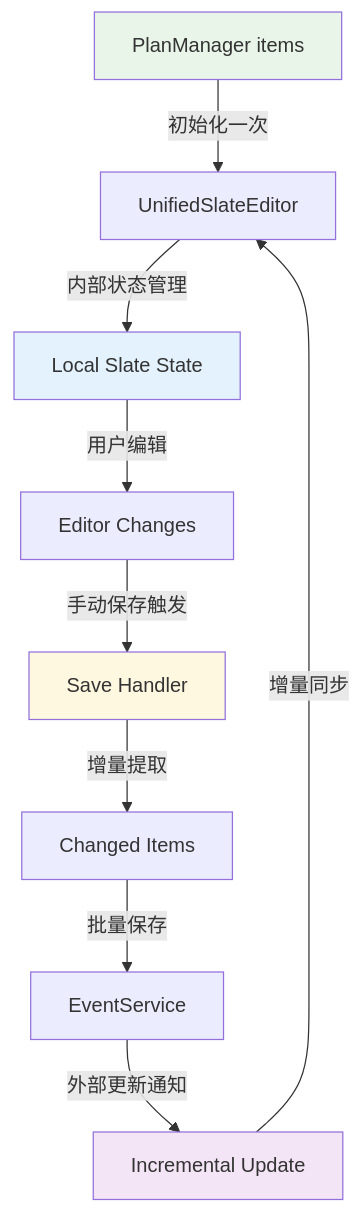
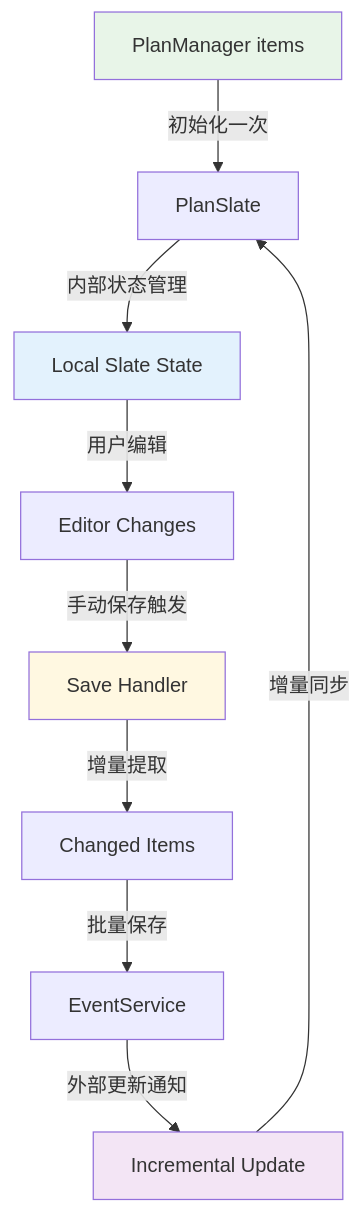
One commit to zoeysnowy/ReMarkable changed the second of 2 diagrams in docs/architecture/SLATE_PLANMANAGER_REFACTOR_PLAN.md. Above: the diagram before and after it, drawn with Mermaid. The commit also changed other lines of this file and 100 other files, not shown here.

Commit message:
refactor: 重构Slate编辑器架构 - LightSlateEditorModalSlate, UnifiedSlateEditorPlanSlate，统一PRD文档

````diff
--- a/docs/architecture/SLATE_PLANMANAGER_REFACTOR_PLAN.md
+++ b/docs/architecture/SLATE_PLANMANAGER_REFACTOR_PLAN.md
@@ -59,16 +59,16 @@
 ```mermaid
 graph TD
-    A[PlanManager items] -->|初始化一次| B[UnifiedSlateEditor]
+    A[PlanManager items] -->|初始化一次| B[PlanSlate]
     B -->|内部状态管理| C[Local Slate State]
     C -->|用户编辑| D[Editor Changes]
     D -->|手动保存触发| E[Save Handler]
     E -->|增量提取| F[Changed Items]
     F -->|批量保存| G[EventService]
     G -->|外部更新通知| H[Incremental Update]
     H -->|增量同步| B
     
     style A fill:#e8f5e8
     style C fill:#e3f2fd
     style E fill:#fff8e1
     style H fill:#f3e5f5
 ```
````
